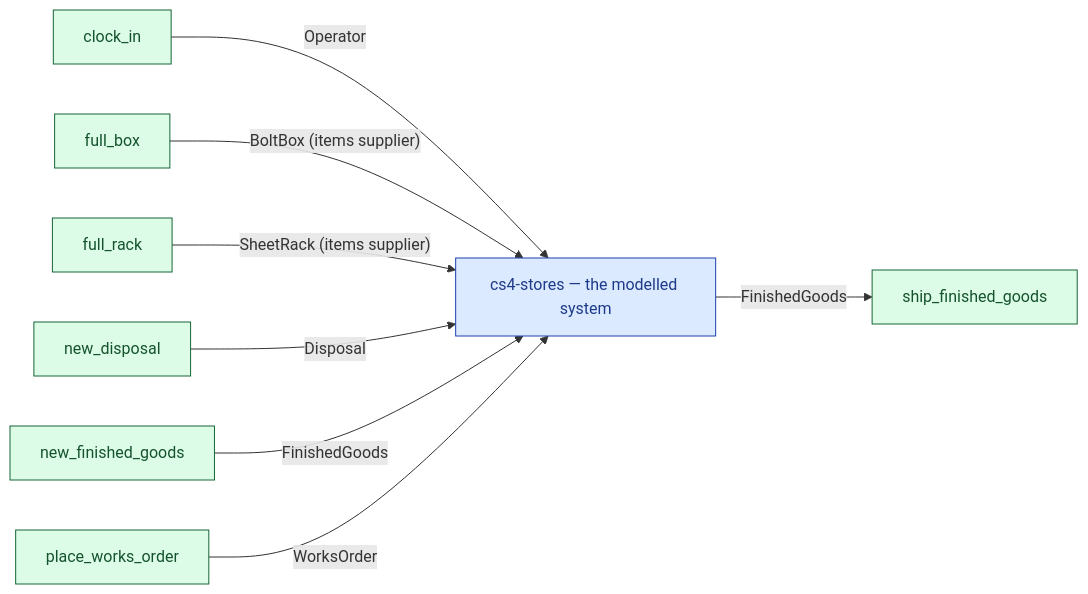
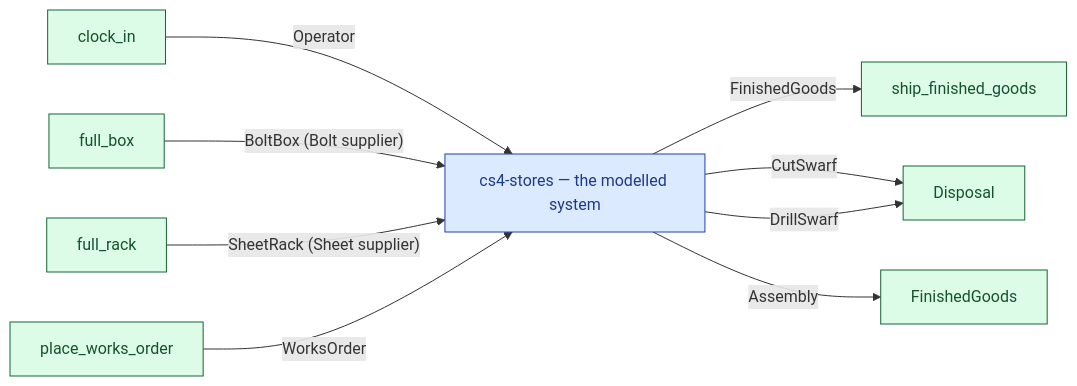
One commit to twalmsley/lavoisier changed the diagram in docs/diagrams/cs4-stores/context.md. Above: the diagram before and after it, drawn with Mermaid. The commit also changed other lines of this file and 202 other files, not shown here.

````diff
--- a/docs/diagrams/cs4-stores/context.md
+++ b/docs/diagrams/cs4-stores/context.md
@@ -7,35 +7,36 @@
 ```mermaid
 flowchart LR
   classDef process fill:#dbeafe,stroke:#1e40af,color:#1e3a8a;
   classDef boundary fill:#dcfce7,stroke:#166534,color:#14532d;
   classDef sink fill:#fee2e2,stroke:#991b1b,color:#7f1d1d;
   classDef helper fill:#f3e8ff,stroke:#6b21a8,color:#581c87;
   classDef grouping fill:#ffedd5,stroke:#9a3412,color:#7c2d12;
   classDef flowio fill:#e2e8f0,stroke:#334155,color:#0f172a;
   classDef resource fill:#fef9c3,stroke:#854d0e,color:#713f12;
   classDef external fill:#dcfce7,stroke:#166534,color:#14532d;
   classDef system fill:#dbeafe,stroke:#1e40af,color:#1e3a8a;
   n_system["cs4-stores — the modelled system"]:::system
   n_clock_in["clock_in"]:::external
   n_full_box["full_box"]:::external
   n_full_rack["full_rack"]:::external
-  n_new_disposal["new_disposal"]:::external
-  n_new_finished_goods["new_finished_goods"]:::external
   n_place_works_order["place_works_order"]:::external
   n_exit_ship_finished_goods["ship_finished_goods"]:::external
+  n_Disposal["Disposal"]:::external
+  n_FinishedGoods["FinishedGoods"]:::external
   n_clock_in -- "Operator" --> n_system
-  n_full_box -- "BoltBox (items supplier)" --> n_system
-  n_full_rack -- "SheetRack (items supplier)" --> n_system
-  n_new_disposal -- "Disposal" --> n_system
-  n_new_finished_goods -- "FinishedGoods" --> n_system
+  n_full_box -- "BoltBox (Bolt supplier)" --> n_system
+  n_full_rack -- "SheetRack (Sheet supplier)" --> n_system
   n_place_works_order -- "WorksOrder" --> n_system
   n_system -- "FinishedGoods" --> n_exit_ship_finished_goods
+  n_system -- "CutSwarf" --> n_Disposal
+  n_system -- "DrillSwarf" --> n_Disposal
+  n_system -- "Assembly" --> n_FinishedGoods
   click n_system "https://github.com/twalmsley/lavoisier/blob/main/model/cs4-stores/src/lib.rs#L1" "model/cs4-stores/src/lib.rs"
   click n_clock_in "https://github.com/twalmsley/lavoisier/blob/main/model/cs4-stores/src/resources.rs#L610" "model/cs4-stores/src/resources.rs"
   click n_full_box "https://github.com/twalmsley/lavoisier/blob/main/model/cs4-stores/src/resources.rs#L640" "model/cs4-stores/src/resources.rs"
   click n_full_rack "https://github.com/twalmsley/lavoisier/blob/main/model/cs4-stores/src/resources.rs#L635" "model/cs4-stores/src/resources.rs"
-  click n_new_disposal "https://github.com/twalmsley/lavoisier/blob/main/model/cs4-stores/src/resources.rs#L629" "model/cs4-stores/src/resources.rs"
-  click n_new_finished_goods "https://github.com/twalmsley/lavoisier/blob/main/model/cs4-stores/src/resources.rs#L620" "model/cs4-stores/src/resources.rs"
   click n_place_works_order "https://github.com/twalmsley/lavoisier/blob/main/model/cs4-stores/src/resources.rs#L602" "model/cs4-stores/src/resources.rs"
   click n_exit_ship_finished_goods "https://github.com/twalmsley/lavoisier/blob/main/model/cs4-stores/src/resources.rs#L688" "model/cs4-stores/src/resources.rs"
+  click n_Disposal "https://github.com/twalmsley/lavoisier/blob/main/model/cs4-stores/src/resources.rs#L513" "model/cs4-stores/src/resources.rs"
+  click n_FinishedGoods "https://github.com/twalmsley/lavoisier/blob/main/model/cs4-stores/src/resources.rs#L475" "model/cs4-stores/src/resources.rs"
 ```
````
